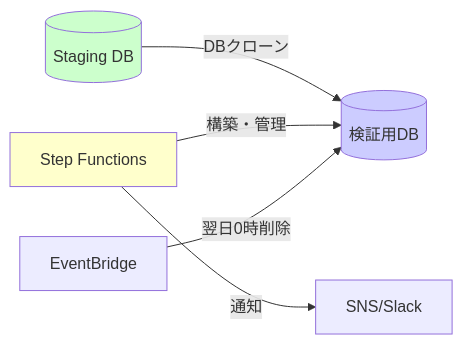
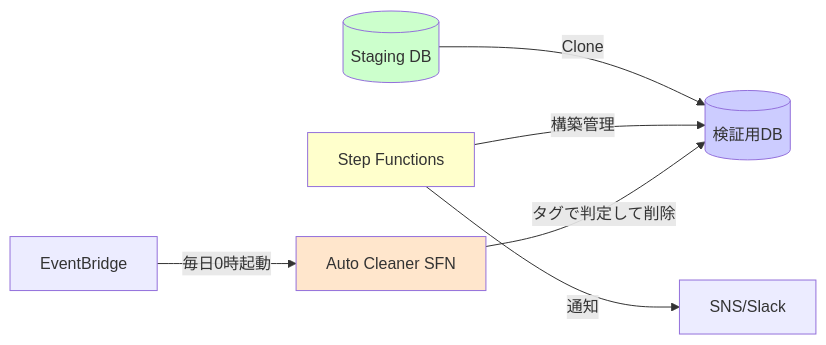
The first of 4 diagrams in articles/aurora-clone-verification-db-stepfunctions.md (gi-no/zenn_paiza), drawn with Mermaid before and after one commit. The commit also changed other lines of this file, not shown here.

````diff
--- a/articles/aurora-clone-verification-db-stepfunctions.md
+++ b/articles/aurora-clone-verification-db-stepfunctions.md
@@ -12,11 +31,13 @@
 ```mermaid
 graph LR
-  A[(Staging DB)] -->|DBクローン| B[(検証用DB)]
-  C[Step Functions] -->|構築・管理| B
-  D[EventBridge] -->|翌日0時削除| B
+  A[(Staging DB)] -->|Clone| B[(検証用DB)]
+  C[Step Functions] -->|構築管理| B
+  D[EventBridge] -->|毎日0時起動| F[Auto Cleaner SFN]
+  F -->|タグで判定して削除| B
   C -->|通知| E[SNS/Slack]
 
   style A fill:#ccffcc
   style B fill:#ccccff
   style C fill:#ffffcc
+  style F fill:#ffe6cc
 ```
````
